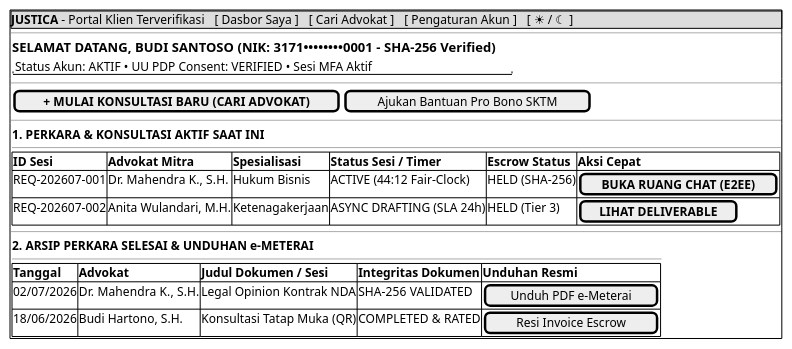
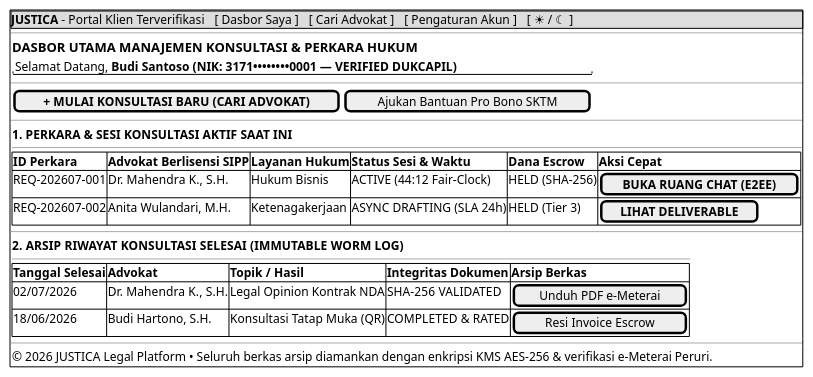
Before and after one commit to tupperwureism/SuperApp-Gagal: the diagram in JustifiqaMockups/mockup_ori/MOCK-J-CL-02A_Dasbor_Klien_Riwayat.md, drawn with PlantUML. The commit also changed other lines of this file and 11 other files, not shown here.

````diff
--- a/JustifiqaMockups/mockup_ori/MOCK-J-CL-02A_Dasbor_Klien_Riwayat.md
+++ b/JustifiqaMockups/mockup_ori/MOCK-J-CL-02A_Dasbor_Klien_Riwayat.md
@@ -17,36 +17,40 @@
 ```plantuml
 @startsalt
 {+
   {* <b>JUSTICA</b> - Portal Klien Terverifikasi | [ Dasbor Saya ] | [ Cari Advokat ] | [ Pengaturan Akun ] | [ ☀ / ☾ ] }
   --
   {
-    === SELAMAT DATANG, BUDI SANTOSO (NIK: 3171••••••••0001 - SHA-256 Verified)
-    "Status Akun: AKTIF • UU PDP Consent: VERIFIED • Sesi MFA Aktif"
+    === DASBOR UTAMA MANAJEMEN KONSULTASI & PERKARA HUKUM
+    "Selamat Datang, <b>Budi Santoso (NIK: 3171••••••••0001 — VERIFIED DUKCAPIL)</b>"
   }
   --
   {
     [ <b>+ MULAI KONSULTASI BARU (CARI ADVOKAT)</b> ] | [ Ajukan Bantuan Pro Bono SKTM ]
   }
   --
   {
-    <b>1. PERKARA & KONSULTASI AKTIF SAAT INI</b>
+    <b>1. PERKARA & SESI KONSULTASI AKTIF SAAT INI</b>
     --
     {#
-      <b>ID Sesi</b> | <b>Advokat Mitra</b> | <b>Spesialisasi</b> | <b>Status Sesi / Timer</b> | <b>Escrow Status</b> | <b>Aksi Cepat</b>
+      <b>ID Perkara</b> | <b>Advokat Berlisensi SIPP</b> | <b>Layanan Hukum</b> | <b>Status Sesi & Waktu</b> | <b>Dana Escrow</b> | <b>Aksi Cepat</b>
       REQ-202607-001 | Dr. Mahendra K., S.H. | Hukum Bisnis | ACTIVE (44:12 Fair-Clock) | HELD (SHA-256) | [ <b>BUKA RUANG CHAT (E2EE)</b> ]
       REQ-202607-002 | Anita Wulandari, M.H. | Ketenagakerjaan | ASYNC DRAFTING (SLA 24h) | HELD (Tier 3) | [ <b>LIHAT DELIVERABLE</b> ]
     }
   }
   --
   {
-    <b>2. ARSIP PERKARA SELESAI & UNDUHAN e-METERAI</b>
+    <b>2. ARSIP RIWAYAT KONSULTASI SELESAI (IMMUTABLE WORM LOG)</b>
     --
     {#
-      <b>Tanggal</b> | <b>Advokat</b> | <b>Judul Dokumen / Sesi</b> | <b>Integritas Dokumen</b> | <b>Unduhan Resmi</b>
+      <b>Tanggal Selesai</b> | <b>Advokat</b> | <b>Topik / Hasil</b> | <b>Integritas Dokumen</b> | <b>Arsip Berkas</b>
       02/07/2026 | Dr. Mahendra K., S.H. | Legal Opinion Kontrak NDA | SHA-256 VALIDATED | [ Unduh PDF e-Meterai ]
       18/06/2026 | Budi Hartono, S.H. | Konsultasi Tatap Muka (QR) | COMPLETED & RATED | [ Resi Invoice Escrow ]
     }
   }
+  --
+  {
+    © 2026 JUSTICA Legal Platform • Seluruh berkas arsip diamankan dengan enkripsi KMS AES-256 & verifikasi e-Meterai Peruri.
+  }
 }
 @endsalt
 ```
````
